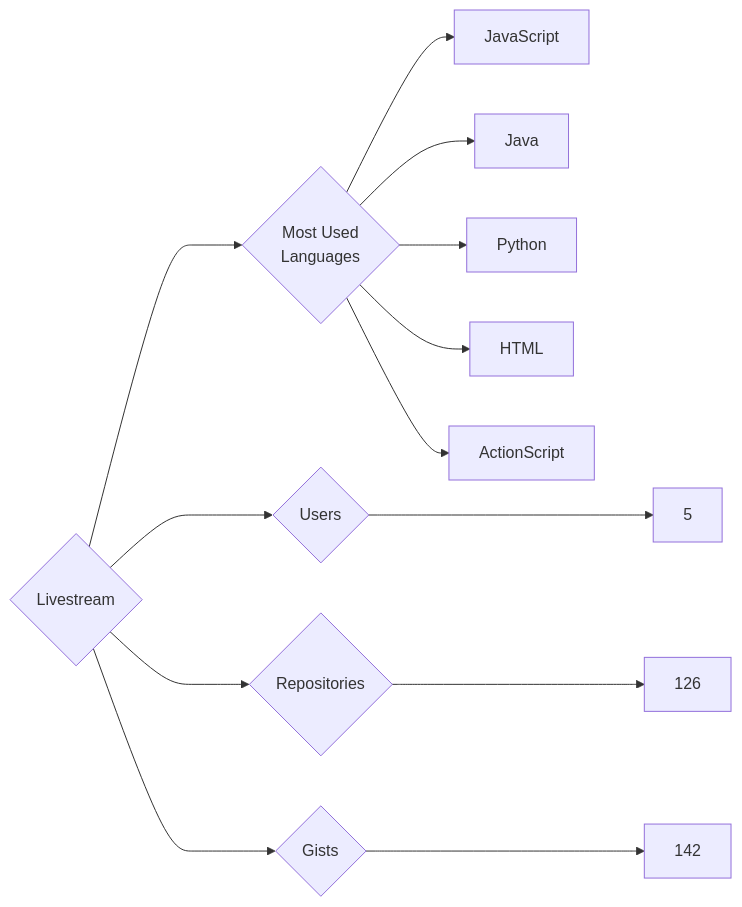
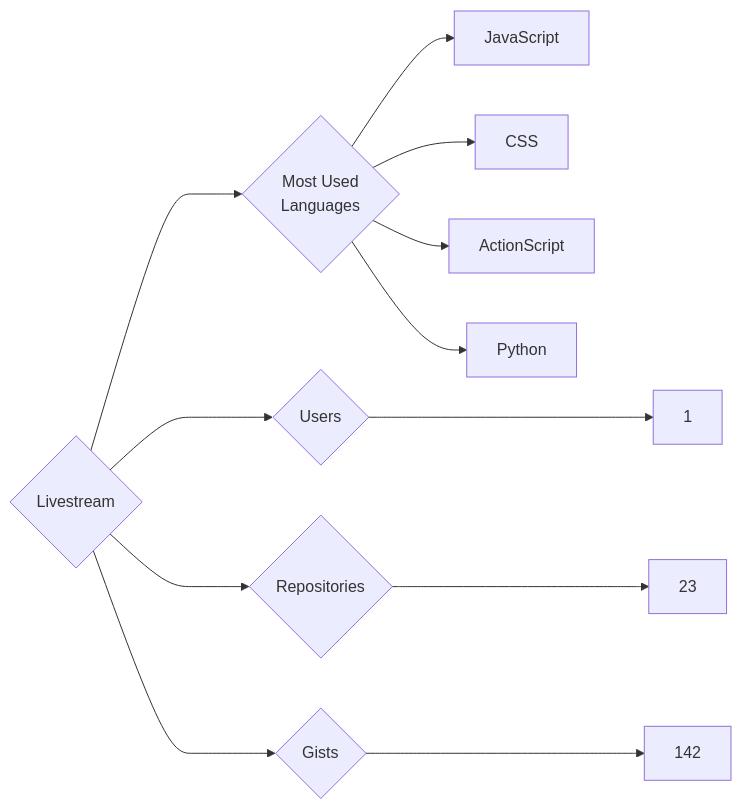
Before and after one commit to trickest/insiders: the diagram in targets/Livestream/README.md, drawn with Mermaid. The commit also changed 924 other files, not shown here.

````diff
--- a/targets/Livestream/README.md
+++ b/targets/Livestream/README.md
@@ -3,13 +3,12 @@
 ```mermaid
 graph LR
 COMPANY_NAME{Livestream}
-COMPANY_NAME ---> U{Users} ---> UN[5]
-COMPANY_NAME ---> R{Repositories} ---> RN[126]
+COMPANY_NAME ---> U{Users} ---> UN[1]
+COMPANY_NAME ---> R{Repositories} ---> RN[23]
 COMPANY_NAME ---> G{Gists} ---> GN[142]
 COMPANY_NAME ---> ML{Most Used<br>Languages}
 ML --> JavaScript[JavaScript]
-ML --> Java[Java]
+ML --> CSS[CSS]
+ML --> ActionScript[ActionScript]
 ML --> Python[Python]
-ML --> HTML[HTML]
-ML --> ActionScript[ActionScript]
 ```
````
